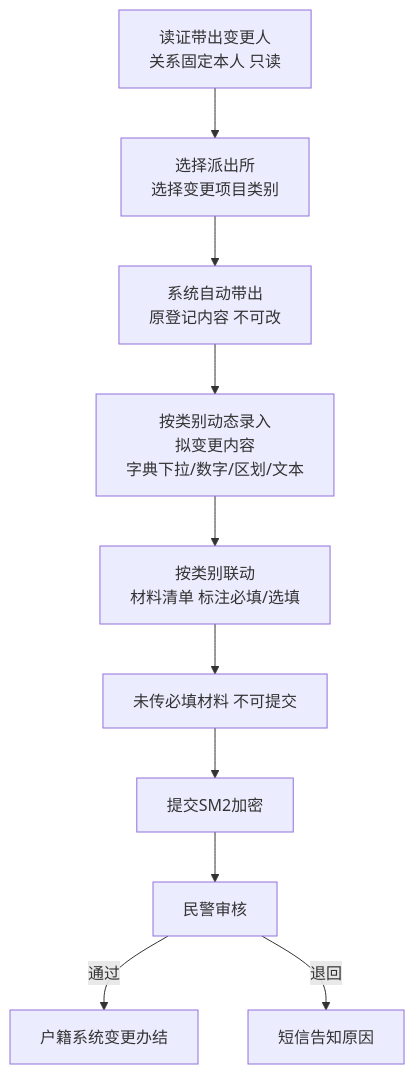
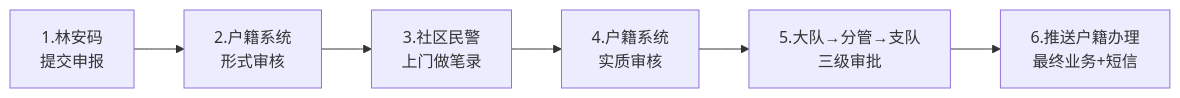
One commit to ikid-zhang/linzhi-miniprogram-prototype changed the fifth of 9 diagrams in 户政业务功能说明.md. Above: the diagram before and after it, drawn with Mermaid. The commit also changed other lines of this file and 1 other file, not shown here.

````diff
--- a/户政业务功能说明.md
+++ b/户政业务功能说明.md
@@ -302,11 +375,8 @@
 ```mermaid
-flowchart TD
-    A[读证带出变更人<br/>关系固定本人 只读] --> B[选择派出所<br/>选择变更项目类别]
-    B --> C[系统自动带出<br/>原登记内容 不可改]
-    C --> D[按类别动态录入<br/>拟变更内容<br/>字典下拉/数字/区划/文本]
-    D --> E[按类别联动<br/>材料清单 标注必填/选填]
-    E --> F[未传必填材料 不可提交]
-    F --> G[提交SM2加密] --> H[民警审核]
-    H -->|通过| I[户籍系统变更办结]
-    H -->|退回| R[短信告知原因]
+flowchart LR
+    S1[1.林安码<br/>提交申报] --> S2[2.户籍系统<br/>形式审核]
+    S2 --> S3[3.社区民警<br/>上门做笔录]
+    S3 --> S4[4.户籍系统<br/>实质审核]
+    S4 --> S5[5.大队→分管→支队<br/>三级审批]
+    S5 --> S6[6.推送户籍办理<br/>最终业务+短信]
 ```
````
